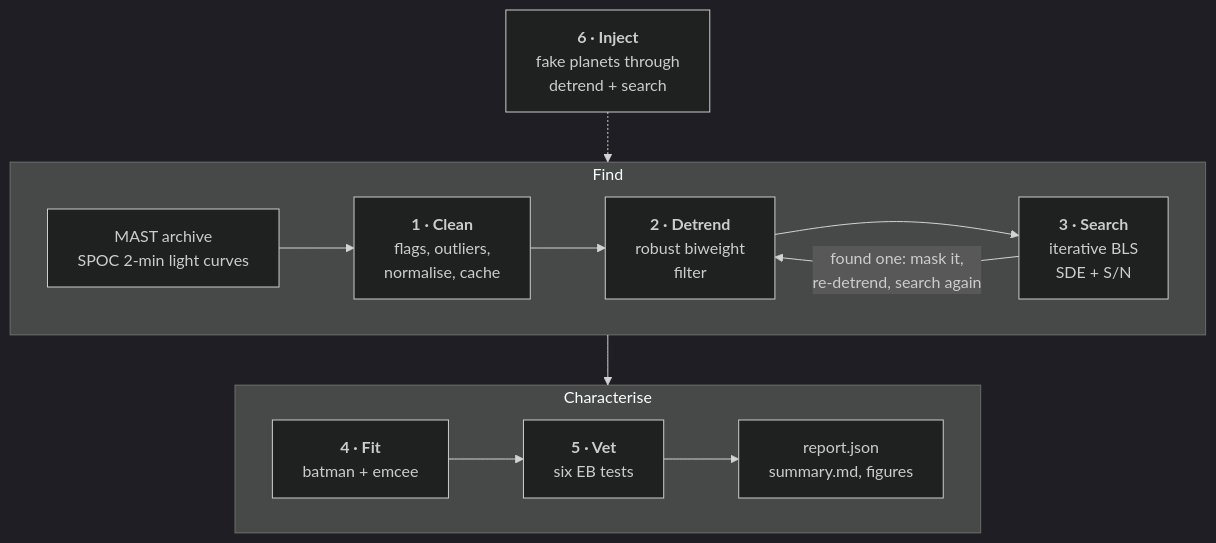
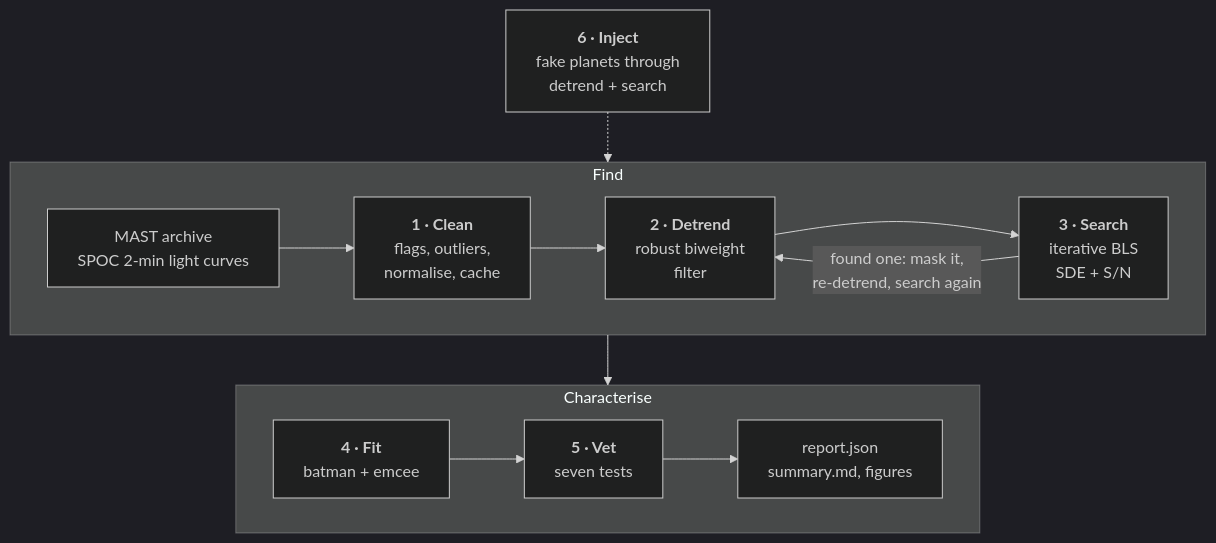
The diagram in docs/pipeline/index.md (Comdex4/tess-transit-hunter), drawn with Mermaid (dark theme) before and after one commit. The commit also changed 18 other files, not shown here.

````diff
--- a/docs/pipeline/index.md
+++ b/docs/pipeline/index.md
@@ -8,14 +8,14 @@
 ```mermaid
 flowchart TB
     subgraph S1["Find"]
         direction LR
         A["MAST archive<br/>SPOC 2-min light curves"] --> B["<b>1 · Clean</b><br/>flags, outliers,<br/>normalise, cache"] --> C["<b>2 · Detrend</b><br/>robust biweight<br/>filter"] --> D["<b>3 · Search</b><br/>iterative BLS<br/>SDE + S/N"]
         D -->|"found one: mask it,<br/>re-detrend, search again"| C
     end
     subgraph S2["Characterise"]
         direction LR
-        E["<b>4 · Fit</b><br/>batman + emcee"] --> F["<b>5 · Vet</b><br/>six EB tests"] --> G["report.json<br/>summary.md, figures"]
+        E["<b>4 · Fit</b><br/>batman + emcee"] --> F["<b>5 · Vet</b><br/>seven tests"] --> G["report.json<br/>summary.md, figures"]
     end
     S1 --> S2
     H["<b>6 · Inject</b><br/>fake planets through<br/>detrend + search"] -.-> S1
 ```
````
